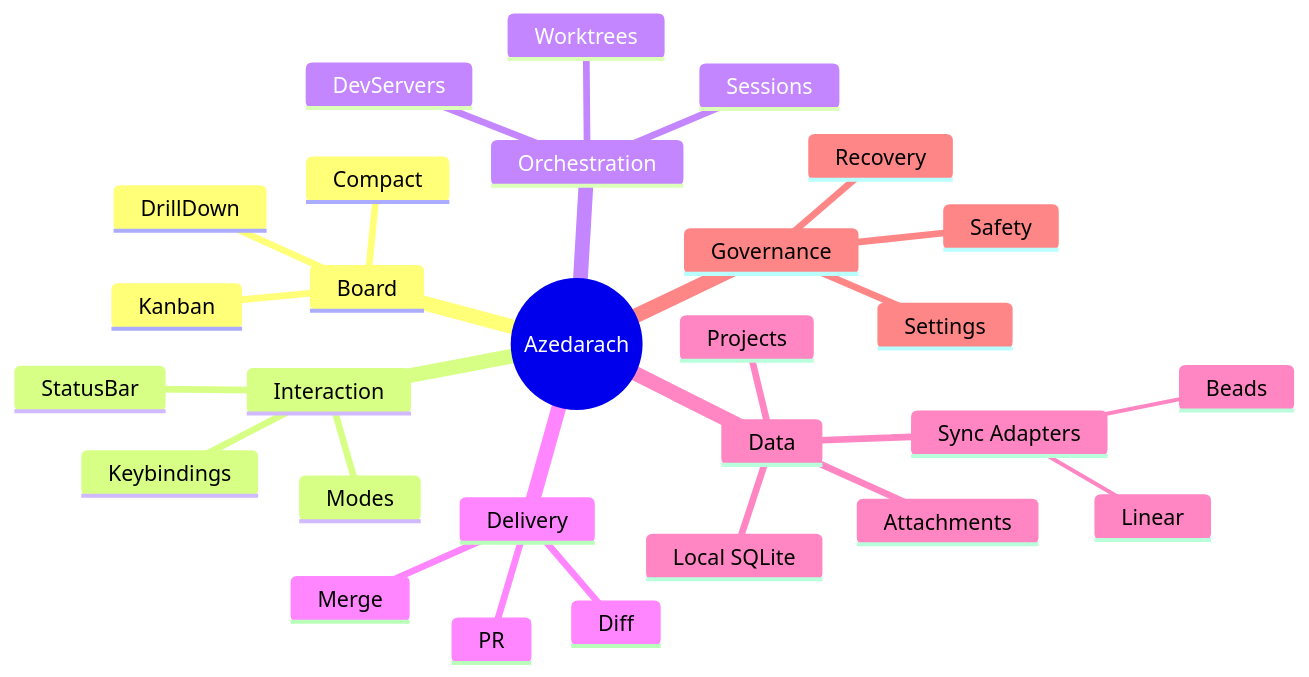
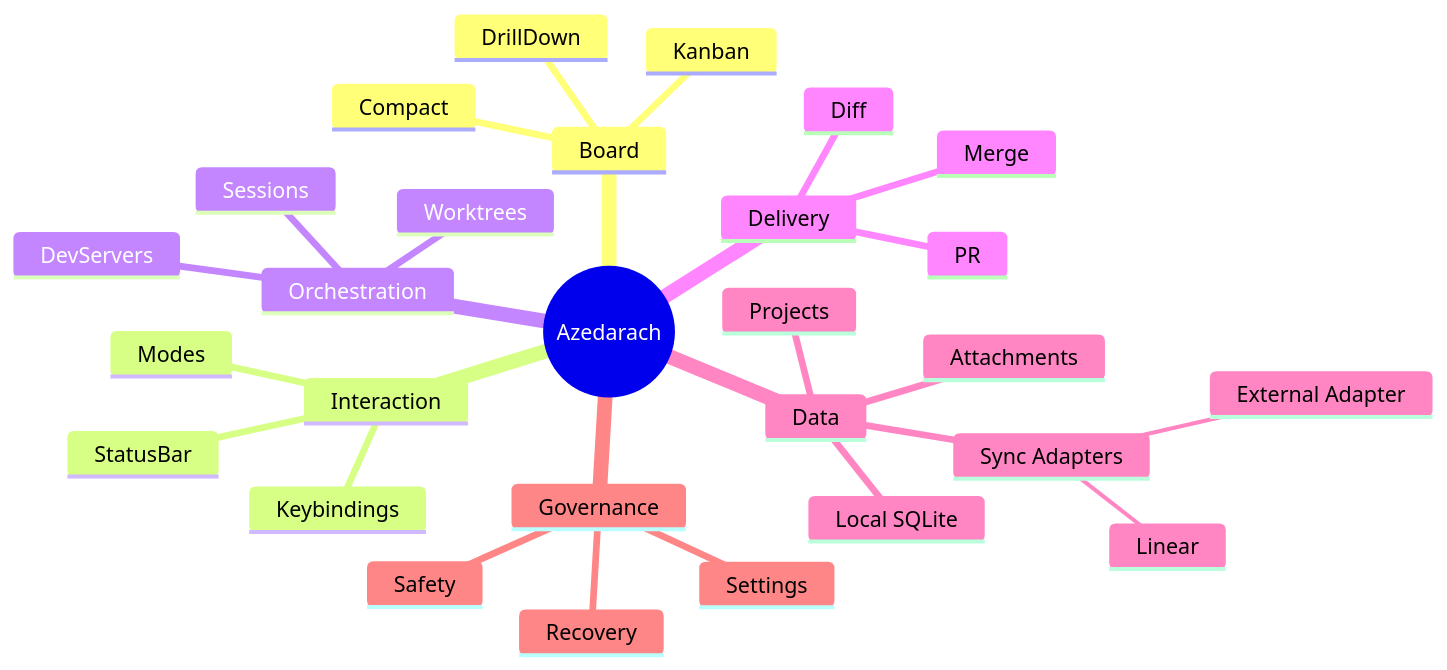
The second of 2 diagrams in docs/spec/01-product-definition.md (riordanpawley/azedarach), drawn with Mermaid before and after one commit. The commit also changed other lines of this file and 4 other files, not shown here.

````diff
--- a/docs/spec/01-product-definition.md
+++ b/docs/spec/01-product-definition.md
@@ -278,31 +278,31 @@
 ```mermaid
 mindmap
   root((Azedarach))
     Board
       Kanban
       Compact
       DrillDown
     Interaction
       Modes
       Keybindings
       StatusBar
     Orchestration
       Sessions
       Worktrees
       DevServers
     Delivery
       Merge
       Diff
       PR
     Data
       Local SQLite
       Sync Adapters
         Linear
-        Beads
+        External Adapter
       Projects
       Attachments
     Governance
       Settings
       Safety
       Recovery
 ```
````
